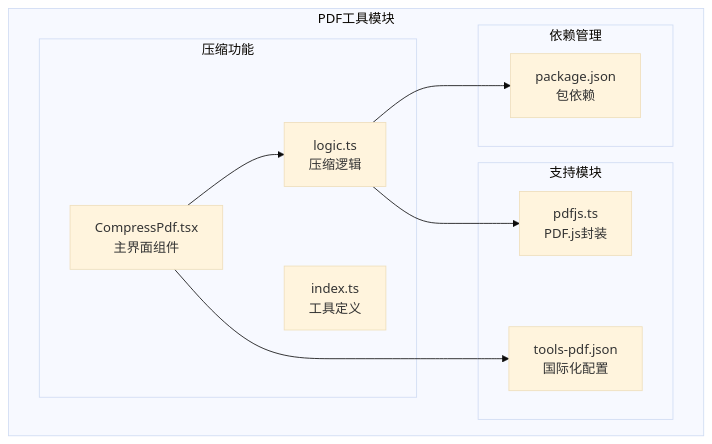
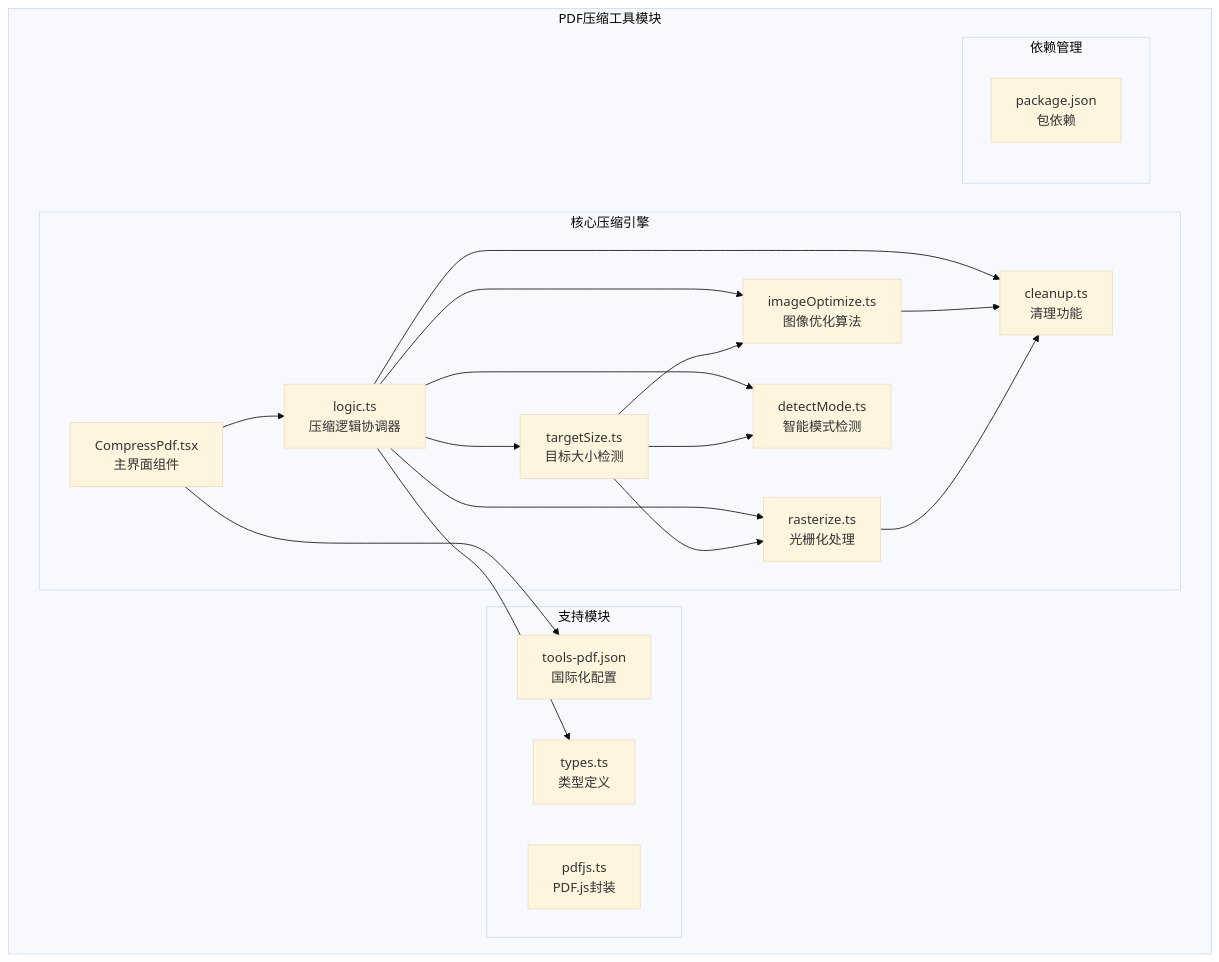
The first of 9 diagrams in .qoder/repowiki/zh/content/PDF工具/PDF压缩工具.md (sgyy/privadeck), drawn with Mermaid (base theme) before and after one commit. The commit also changed other lines of this file and 7 other files, not shown here.

````diff
--- a/.qoder/repowiki/zh/content/PDF工具/PDF压缩工具.md
+++ b/.qoder/repowiki/zh/content/PDF工具/PDF压缩工具.md
@@ -36,21 +59,35 @@
 ```mermaid
 graph TB
-subgraph "PDF工具模块"
-subgraph "压缩功能"
+subgraph "PDF压缩工具模块"
+subgraph "核心压缩引擎"
 CP[CompressPdf.tsx<br/>主界面组件]
-LG[logic.ts<br/>压缩逻辑]
-IDX[index.ts<br/>工具定义]
+LG[logic.ts<br/>压缩逻辑协调器]
+IMG[imageOptimize.ts<br/>图像优化算法]
+RAST[rasterize.ts<br/>光栅化处理]
+TS[targetSize.ts<br/>目标大小检测]
+DM[detectMode.ts<br/>智能模式检测]
+CLN[cleanup.ts<br/>清理功能]
 end
 subgraph "支持模块"
 PDFJS[pdfjs.ts<br/>PDF.js封装]
+TYPES[types.ts<br/>类型定义]
 MSG[tools-pdf.json<br/>国际化配置]
 end
 subgraph "依赖管理"
 PKG[package.json<br/>包依赖]
 end
 end
 CP --> LG
-LG --> PDFJS
+LG --> IMG
+LG --> RAST
+LG --> TS
+LG --> DM
+LG --> CLN
 CP --> MSG
-LG --> PKG
+LG --> TYPES
+IMG --> CLN
+RAST --> CLN
+TS --> DM
+TS --> IMG
+TS --> RAST
 ```
````
